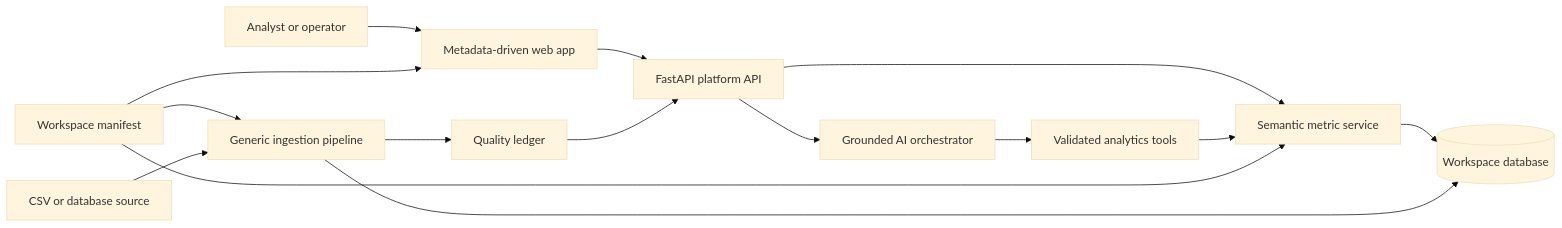
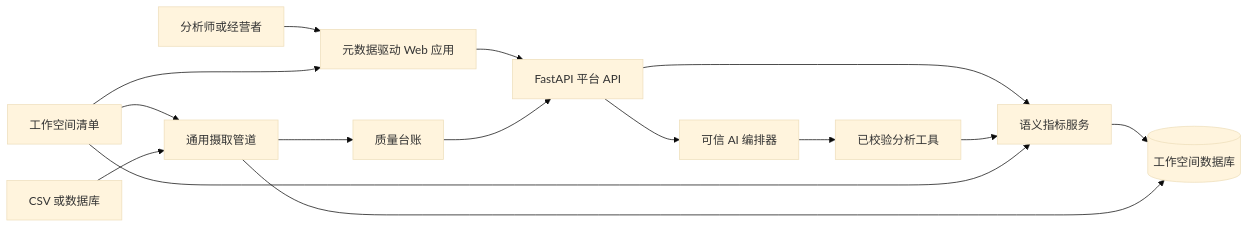
One commit to 718232157/proofline-analytics changed the diagram in docs/ARCHITECTURE.md. Above: the diagram before and after it, drawn with Mermaid (base theme). The commit also changed other lines of this file and 15 other files, not shown here.

````diff
--- a/docs/ARCHITECTURE.md
+++ b/docs/ARCHITECTURE.md
@@ -8,17 +7,17 @@
 ```mermaid
 flowchart LR
-    Operator[Analyst or operator] --> Web[Metadata-driven web app]
-    Web --> API[FastAPI platform API]
-    API --> Metrics[Semantic metric service]
-    API --> Agent[Grounded AI orchestrator]
-    Agent --> Tools[Validated analytics tools]
+    Operator[分析师或经营者] --> Web[元数据驱动 Web 应用]
+    Web --> API[FastAPI 平台 API]
+    API --> Metrics[语义指标服务]
+    API --> Agent[可信 AI 编排器]
+    Agent --> Tools[已校验分析工具]
     Tools --> Metrics
-    Metrics --> DB[(Workspace database)]
-    Manifest[Workspace manifest] --> Pipeline[Generic ingestion pipeline]
-    Source[CSV or database source] --> Pipeline
+    Metrics --> DB[(工作空间数据库)]
+    Manifest[工作空间清单] --> Pipeline[通用摄取管道]
+    Source[CSV 或数据库] --> Pipeline
     Pipeline --> DB
-    Pipeline --> Ledger[Quality ledger]
+    Pipeline --> Ledger[质量台账]
     Ledger --> API
     Manifest --> Metrics
     Manifest --> Web
 ```
````
